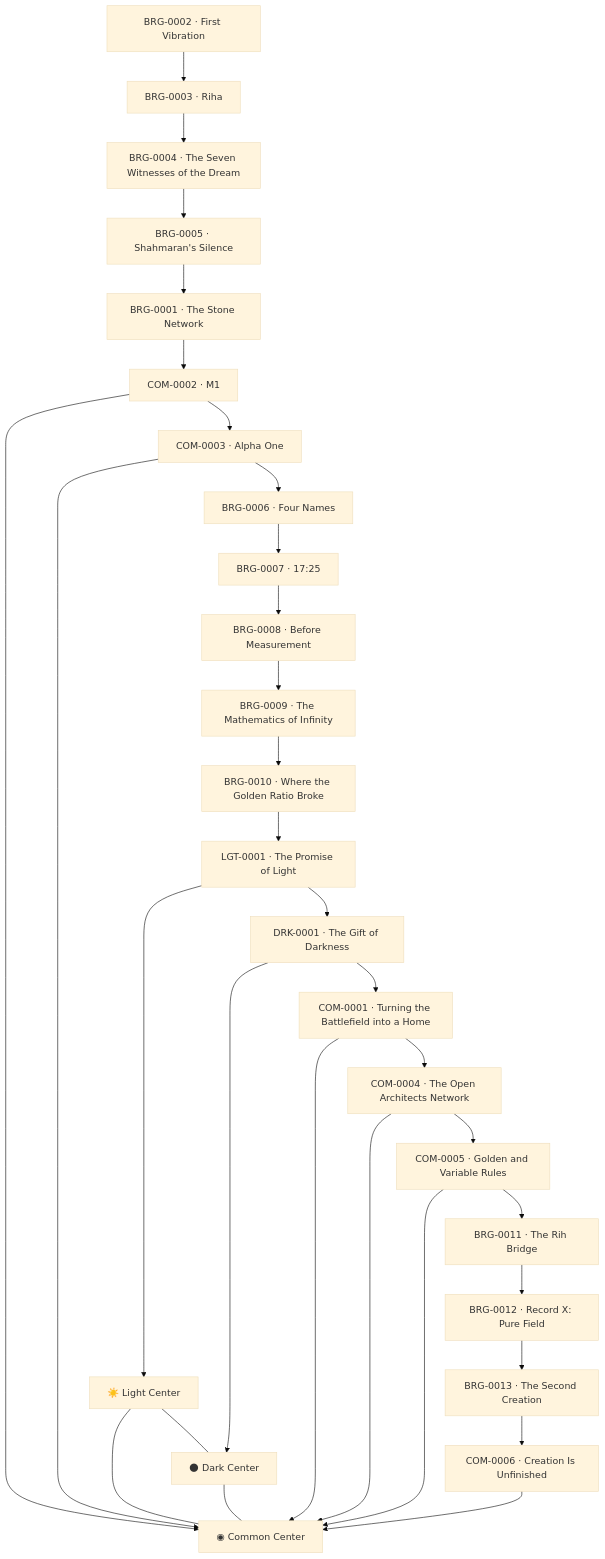
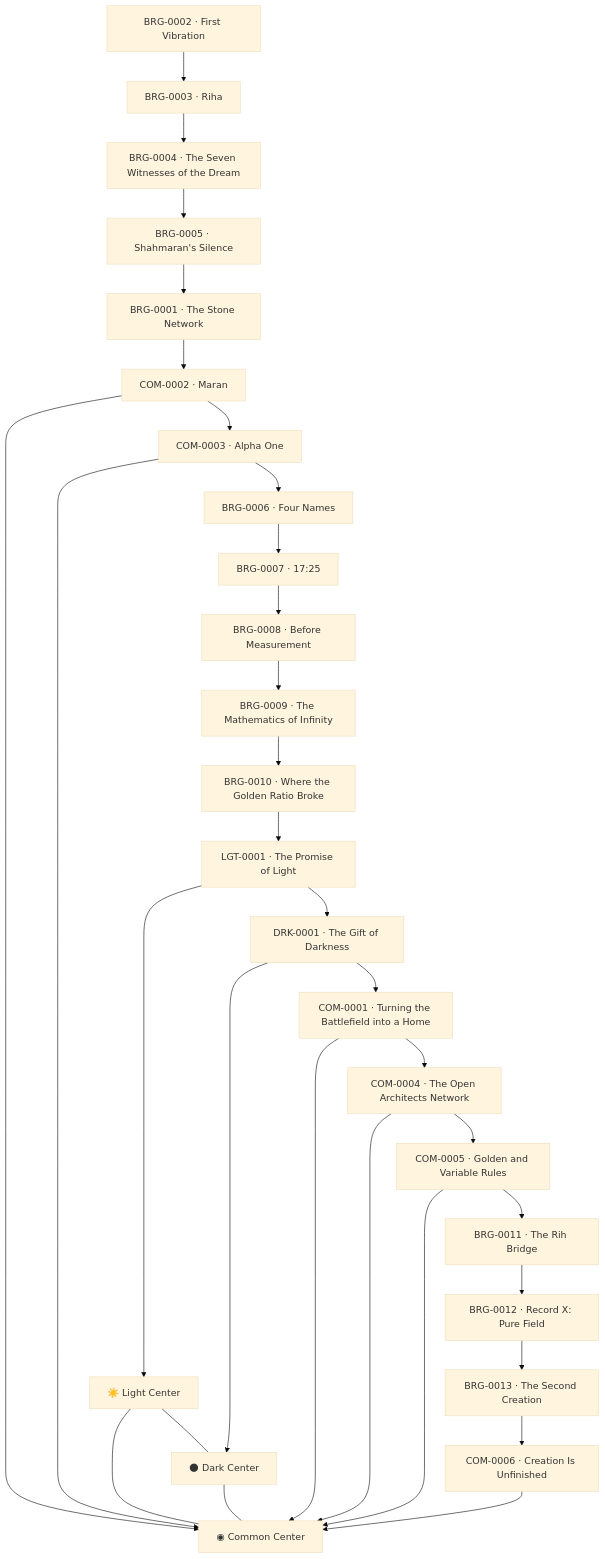
One commit to human-centered-computing/human-centered-universe changed the diagram in graph/canon-plan.mmd. Above: the diagram before and after it, drawn with Mermaid (base theme). The commit also changed 37 other files, not shown here.

```diff
--- a/graph/canon-plan.mmd
+++ b/graph/canon-plan.mmd
@@ -1,56 +1,56 @@
 graph TD
   LIGHT["☀️ Light Center"]
   DARK["🌑 Dark Center"]
   COMMON["◉ Common Center"]
   LIGHT --- COMMON
   DARK --- COMMON
   LIGHT --- DARK
   BRG_0002["BRG-0002 · First Vibration"]
   BRG_0003["BRG-0003 · Riha"]
   BRG_0004["BRG-0004 · The Seven Witnesses of the Dream"]
   BRG_0005["BRG-0005 · Shahmaran's Silence"]
   BRG_0001["BRG-0001 · The Stone Network"]
-  COM_0002["COM-0002 · M1"]
+  COM_0002["COM-0002 · Maran"]
   COM_0002 --> COMMON
   COM_0003["COM-0003 · Alpha One"]
   COM_0003 --> COMMON
   BRG_0006["BRG-0006 · Four Names"]
   BRG_0007["BRG-0007 · 17:25"]
   BRG_0008["BRG-0008 · Before Measurement"]
   BRG_0009["BRG-0009 · The Mathematics of Infinity"]
   BRG_0010["BRG-0010 · Where the Golden Ratio Broke"]
   LGT_0001["LGT-0001 · The Promise of Light"]
   LGT_0001 --> LIGHT
   DRK_0001["DRK-0001 · The Gift of Darkness"]
   DRK_0001 --> DARK
   COM_0001["COM-0001 · Turning the Battlefield into a Home"]
   COM_0001 --> COMMON
   COM_0004["COM-0004 · The Open Architects Network"]
   COM_0004 --> COMMON
   COM_0005["COM-0005 · Golden and Variable Rules"]
   COM_0005 --> COMMON
   BRG_0011["BRG-0011 · The Rih Bridge"]
   BRG_0012["BRG-0012 · Record X: Pure Field"]
   BRG_0013["BRG-0013 · The Second Creation"]
   COM_0006["COM-0006 · Creation Is Unfinished"]
   COM_0006 --> COMMON
   BRG_0002 --> BRG_0003
   BRG_0003 --> BRG_0004
   BRG_0004 --> BRG_0005
   BRG_0005 --> BRG_0001
   BRG_0001 --> COM_0002
   COM_0002 --> COM_0003
   COM_0003 --> BRG_0006
   BRG_0006 --> BRG_0007
   BRG_0007 --> BRG_0008
   BRG_0008 --> BRG_0009
   BRG_0009 --> BRG_0010
   BRG_0010 --> LGT_0001
   LGT_0001 --> DRK_0001
   DRK_0001 --> COM_0001
   COM_0001 --> COM_0004
   COM_0004 --> COM_0005
   COM_0005 --> BRG_0011
   BRG_0011 --> BRG_0012
   BRG_0012 --> BRG_0013
   BRG_0013 --> COM_0006
```
